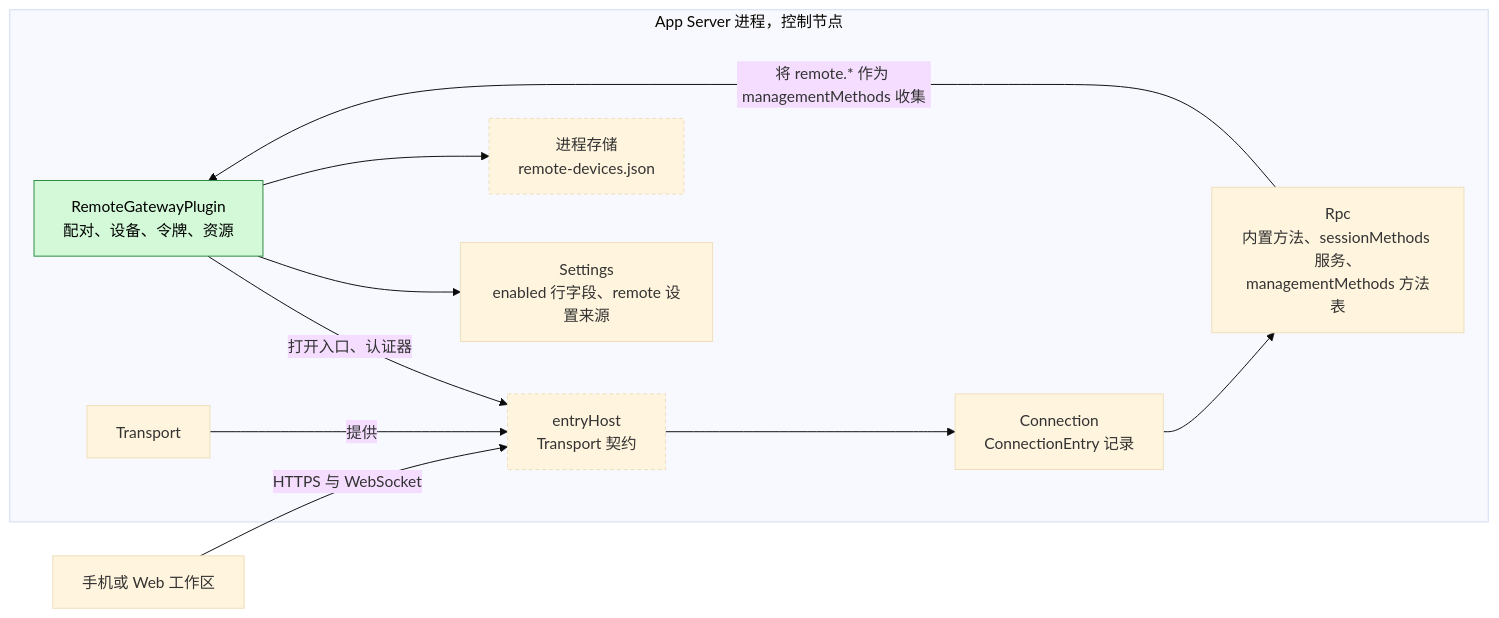
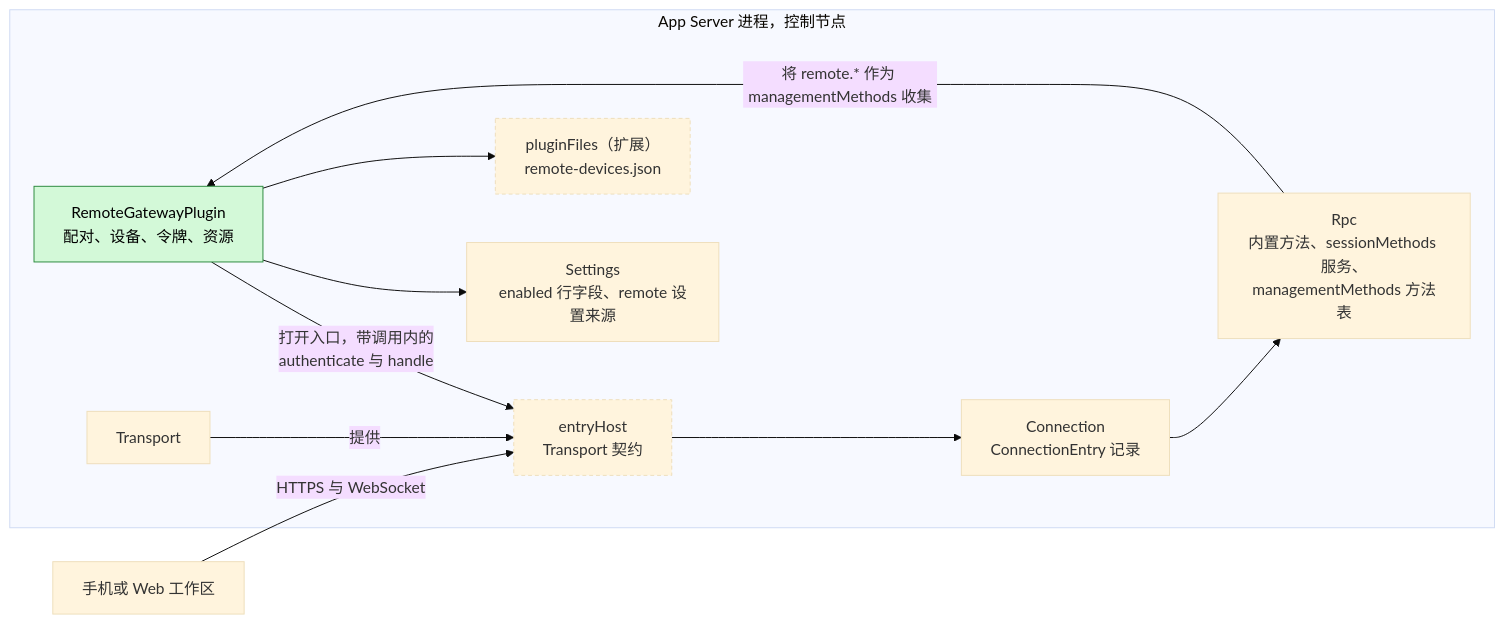
Before and after one commit to CoutinhoTTS/dim-agent: the first of 6 diagrams in docs/zh/design/plugins/RemoteGateway.md, drawn with Mermaid (base theme). The commit also changed other lines of this file and 42 other files, not shown here.

First line of the commit message:
docs(design): apply design rules to every plugin and contract document

````diff
--- a/docs/zh/design/plugins/RemoteGateway.md
+++ b/docs/zh/design/plugins/RemoteGateway.md
@@ -9,23 +9,23 @@
 ```mermaid
 flowchart LR
   subgraph P["App Server 进程，控制节点"]
     RG["RemoteGatewayPlugin<br/>配对、设备、令牌、资源"]:::new
     EH["entryHost<br/>Transport 契约"]:::contract
     TR["Transport"]
     CONN["Connection<br/>ConnectionEntry 记录"]
     RPC["Rpc<br/>内置方法、sessionMethods 服务、<br/>managementMethods 方法表"]
     SET["Settings<br/>enabled 行字段、remote 设置来源"]
-    PST["进程存储<br/>remote-devices.json"]:::contract
+    PST["pluginFiles（扩展）<br/>remote-devices.json"]:::contract
   end
   DEV["手机或 Web 工作区"]
   DEV -->|"HTTPS 与 WebSocket"| EH
-  RG -->|"打开入口、认证器"| EH
+  RG -->|"打开入口，带调用内的<br/>authenticate 与 handle"| EH
   TR -->|"提供"| EH
   EH --> CONN
   CONN --> RPC
   RPC -->|"将 remote.* 作为 managementMethods 收集"| RG
   RG --> SET
   RG --> PST
   classDef new fill:#d3f9d8,stroke:#2b8a3e,color:#000
   classDef contract stroke-dasharray:4 3
 ```
````
